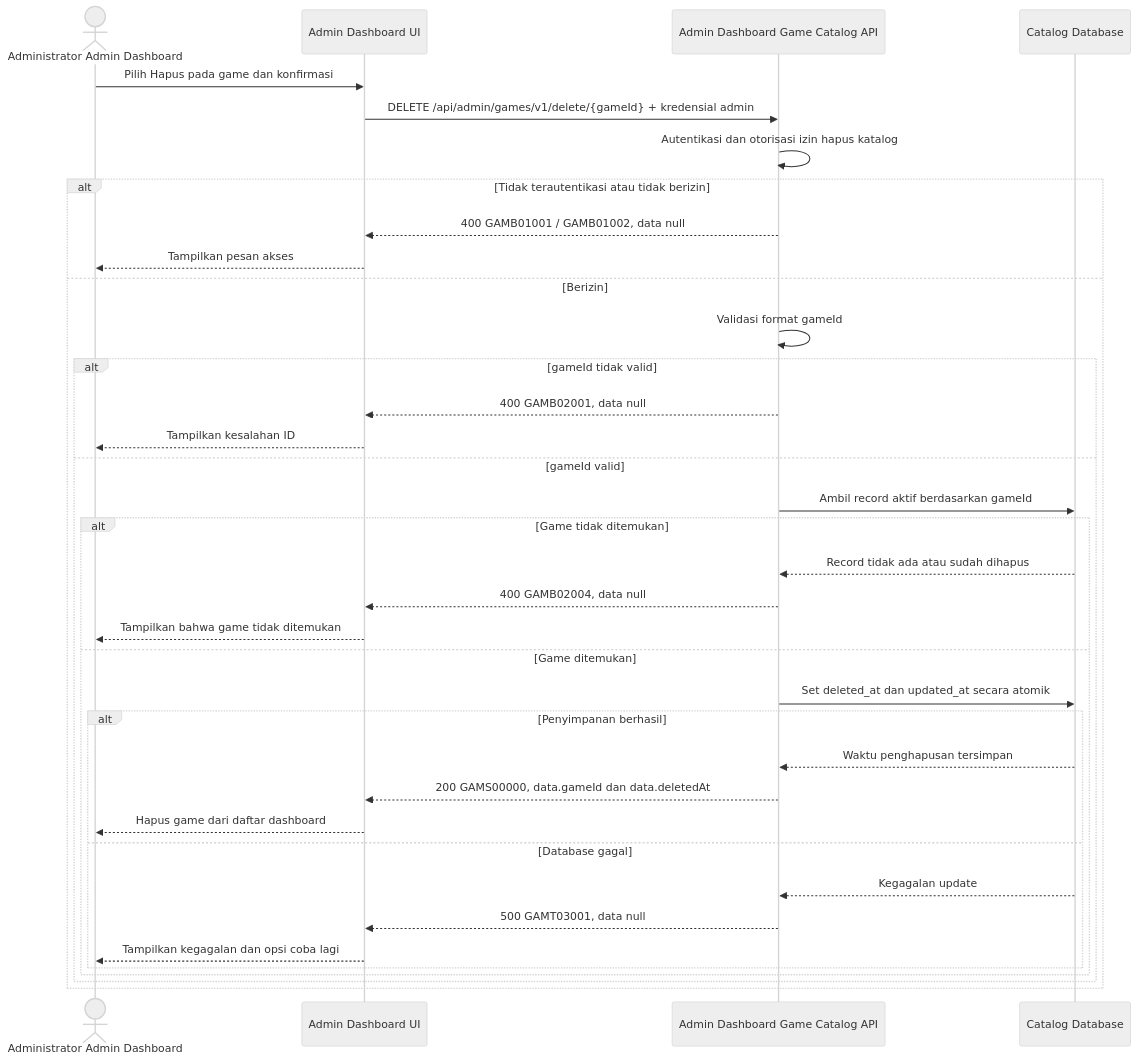
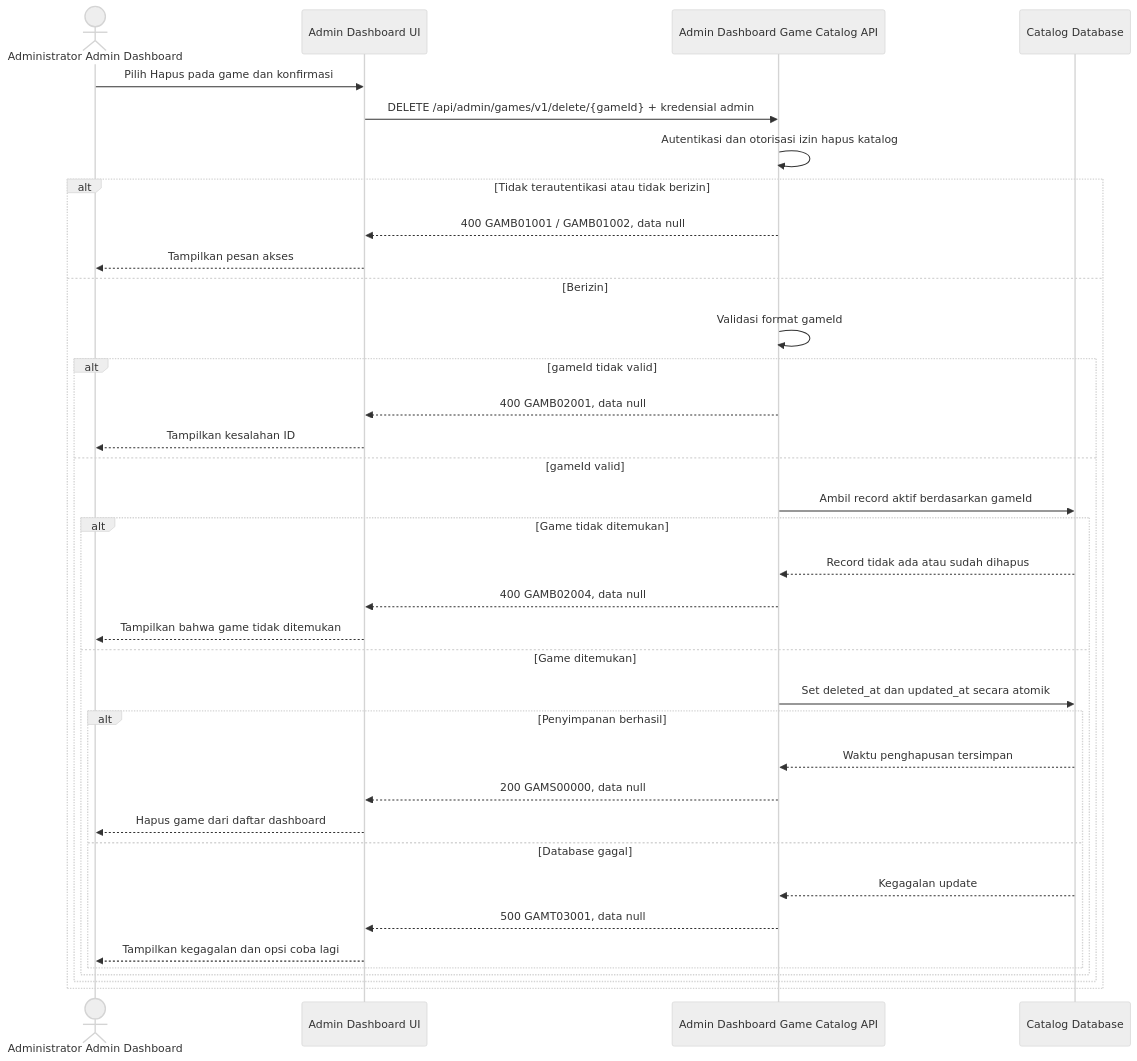
One commit to fatihmuhamadridho/docs-game-service-platform changed the diagram in sprint-1/solutioning/dashboard/games/delete-game.md. Above: the diagram before and after it, drawn with Mermaid (neutral theme). The commit also changed other lines of this file and 22 other files, not shown here.

````diff
--- a/sprint-1/solutioning/dashboard/games/delete-game.md
+++ b/sprint-1/solutioning/dashboard/games/delete-game.md
@@ -14,38 +14,38 @@
 ```mermaid
 sequenceDiagram
     actor Admin as Administrator Admin Dashboard
     participant UI as Admin Dashboard UI
     participant API as Admin Dashboard Game Catalog API
     participant DB as Catalog Database
     Admin->>UI: Pilih Hapus pada game dan konfirmasi
     UI->>API: DELETE /api/admin/games/v1/delete/{gameId} + kredensial admin
     API->>API: Autentikasi dan otorisasi izin hapus katalog
     alt Tidak terautentikasi atau tidak berizin
         API-->>UI: 400 GAMB01001 / GAMB01002, data null
         UI-->>Admin: Tampilkan pesan akses
     else Berizin
         API->>API: Validasi format gameId
         alt gameId tidak valid
             API-->>UI: 400 GAMB02001, data null
             UI-->>Admin: Tampilkan kesalahan ID
         else gameId valid
             API->>DB: Ambil record aktif berdasarkan gameId
             alt Game tidak ditemukan
                 DB-->>API: Record tidak ada atau sudah dihapus
                 API-->>UI: 400 GAMB02004, data null
                 UI-->>Admin: Tampilkan bahwa game tidak ditemukan
             else Game ditemukan
                 API->>DB: Set deleted_at dan updated_at secara atomik
                 alt Penyimpanan berhasil
                     DB-->>API: Waktu penghapusan tersimpan
-                    API-->>UI: 200 GAMS00000, data.gameId dan data.deletedAt
+                    API-->>UI: 200 GAMS00000, data null
                     UI-->>Admin: Hapus game dari daftar dashboard
                 else Database gagal
                     DB-->>API: Kegagalan update
                     API-->>UI: 500 GAMT03001, data null
                     UI-->>Admin: Tampilkan kegagalan dan opsi coba lagi
                 end
             end
         end
     end
 ```
````
